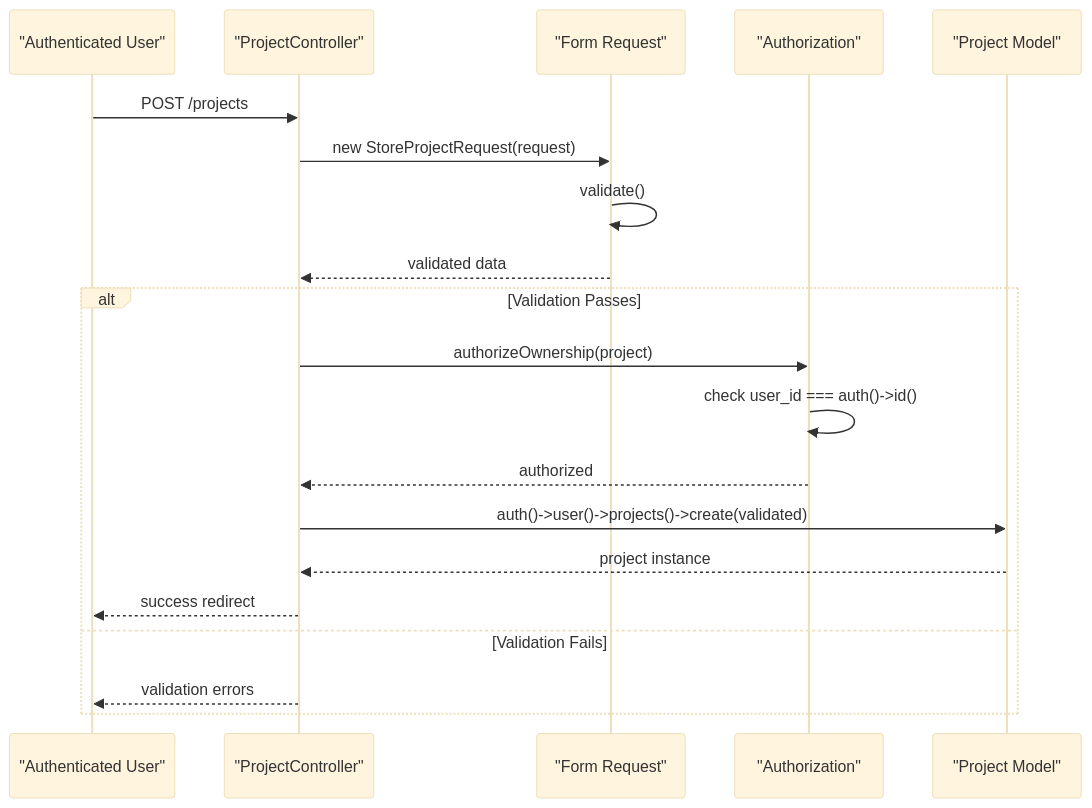
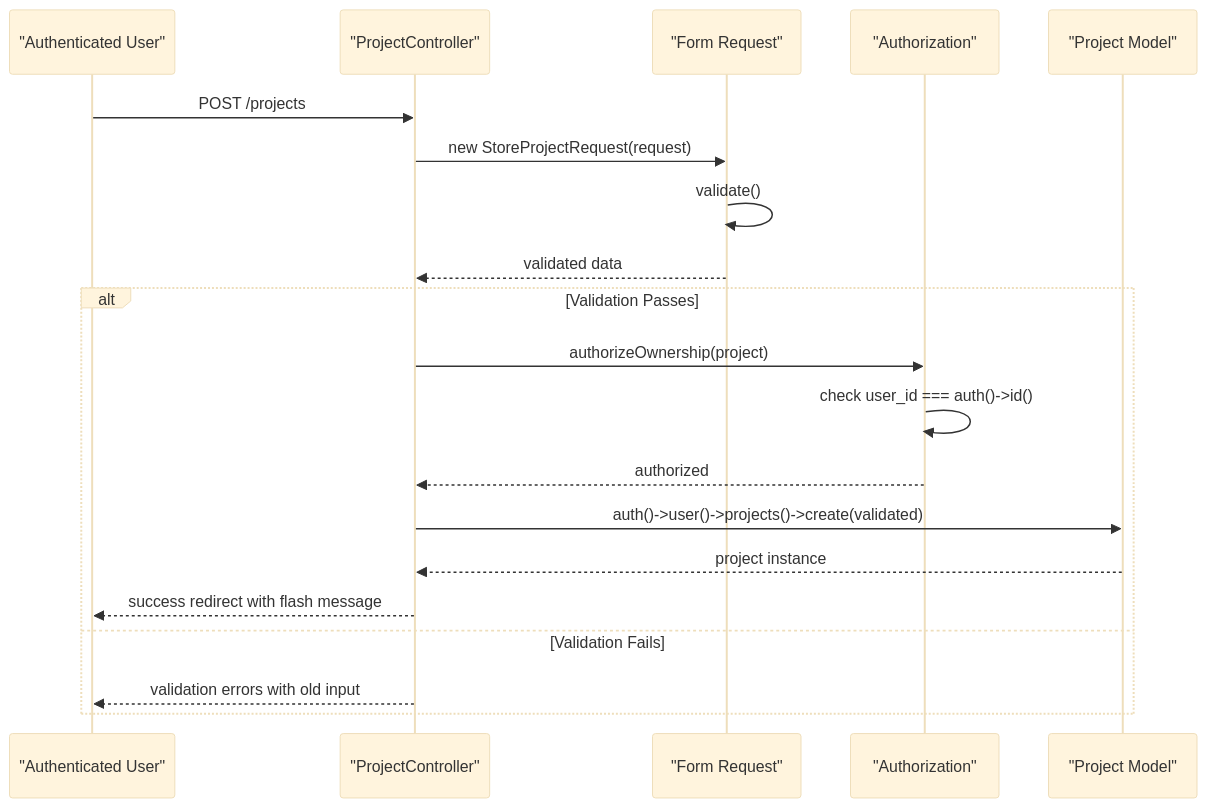
Before and after one commit to siimliimand/laravel-assistant: the sixth of 10 diagrams in .qoder/repowiki/en/content/Laravel Application Components/Project Management System.md, drawn with Mermaid (base theme). The commit also changed other lines of this file and 1 other file, not shown here.

````diff
--- a/.qoder/repowiki/en/content/Laravel Application Components/Project Management System.md
+++ b/.qoder/repowiki/en/content/Laravel Application Components/Project Management System.md
@@ -300,22 +344,22 @@
 ```mermaid
 sequenceDiagram
 participant User as "Authenticated User"
 participant Controller as "ProjectController"
 participant Validator as "Form Request"
 participant Auth as "Authorization"
 participant Model as "Project Model"
 User->>Controller : POST /projects
 Controller->>Validator : new StoreProjectRequest(request)
 Validator->>Validator : validate()
 Validator-->>Controller : validated data
 alt Validation Passes
 Controller->>Auth : authorizeOwnership(project)
 Auth->>Auth : check user_id === auth()->id()
 Auth-->>Controller : authorized
 Controller->>Model : auth()->user()->projects()->create(validated)
 Model-->>Controller : project instance
-Controller-->>User : success redirect
+Controller-->>User : success redirect with flash message
 else Validation Fails
-Controller-->>User : validation errors
+Controller-->>User : validation errors with old input
 end
 ```
````
